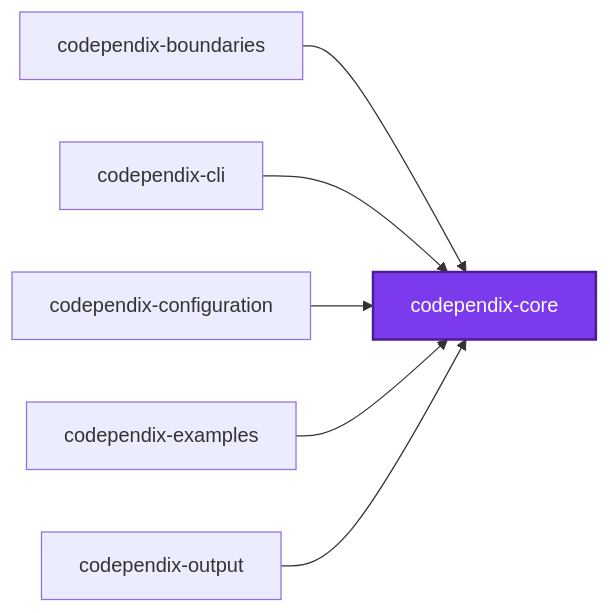
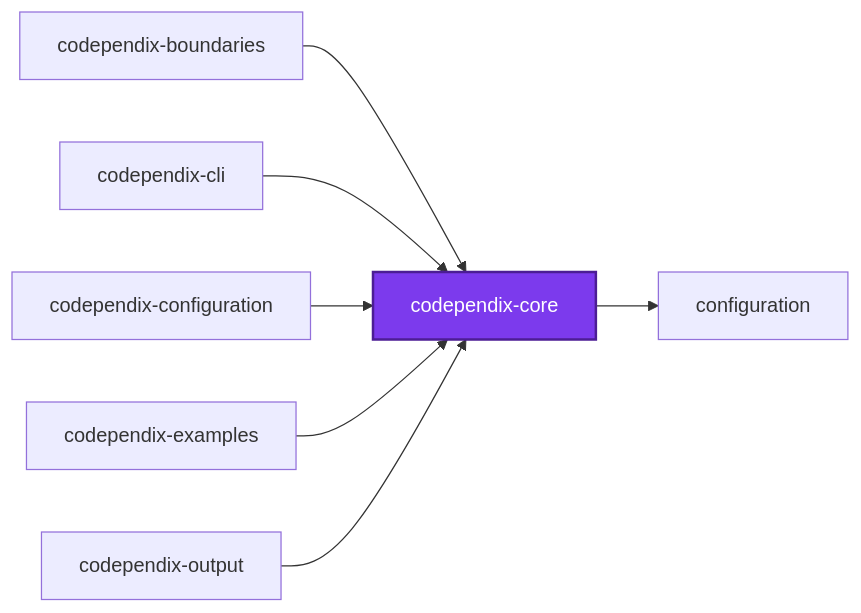
One commit to organizzolini/codebase changed the first of 3 diagrams in projects/ic-suite/codependix/codependix-core/README.md. Above: the diagram before and after it, drawn with Mermaid. The commit also changed 68 other files, not shown here.

````diff
--- a/projects/ic-suite/codependix/codependix-core/README.md
+++ b/projects/ic-suite/codependix/codependix-core/README.md
@@ -24,16 +24,18 @@
 ```mermaid
 graph LR
   codependix_boundaries["codependix-boundaries"]
   codependix_cli["codependix-cli"]
   codependix_configuration["codependix-configuration"]
   codependix_core["codependix-core"]
   codependix_examples["codependix-examples"]
   codependix_output["codependix-output"]
+  configuration["configuration"]
   codependix_boundaries --> codependix_core
   codependix_cli --> codependix_core
   codependix_configuration --> codependix_core
+  codependix_core --> configuration
   codependix_examples --> codependix_core
   codependix_output --> codependix_core
   classDef subject fill:#7c3aed,color:#fff,stroke:#4c1d95,stroke-width:2px
   class codependix_core subject
 ```
````
